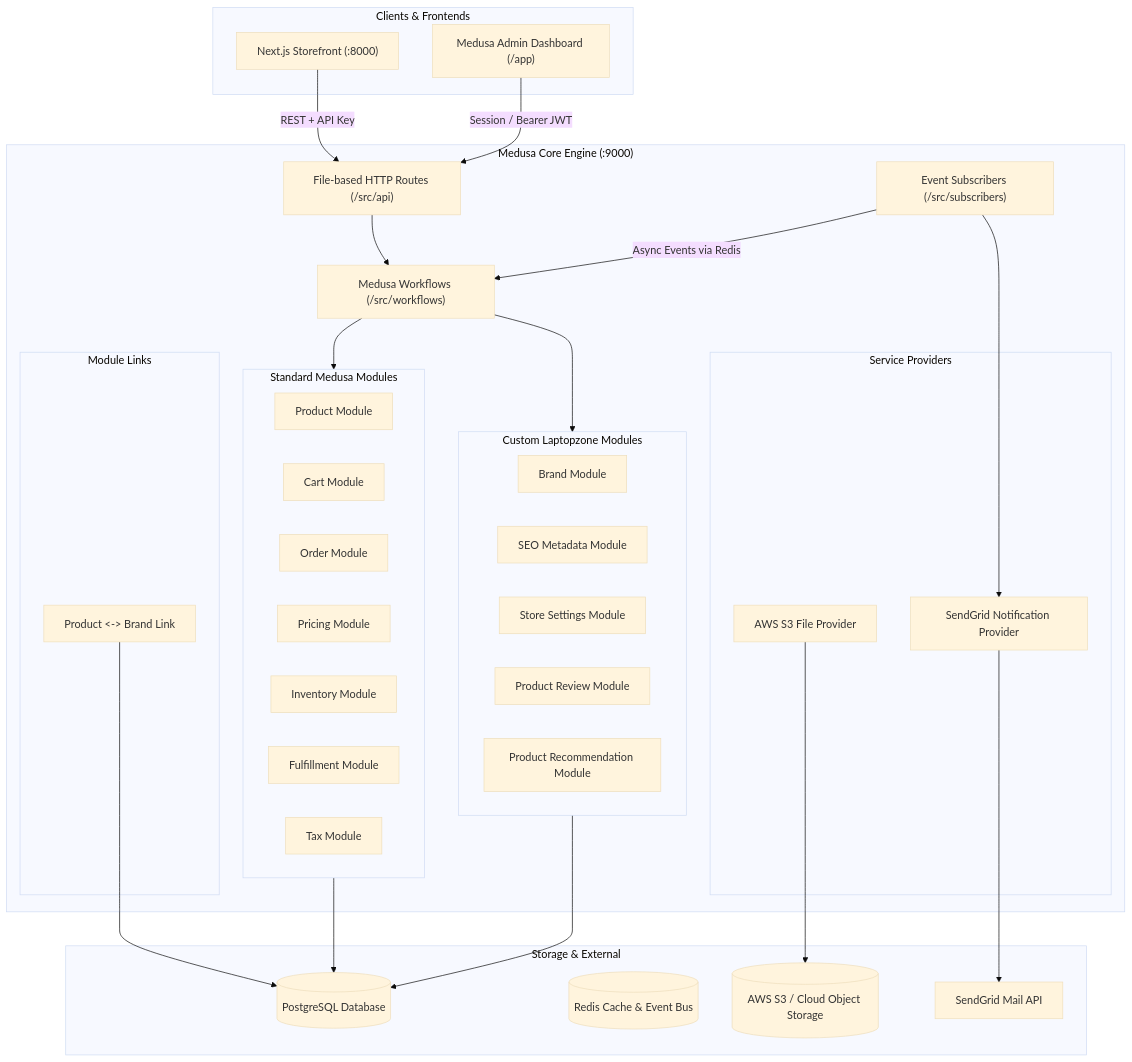
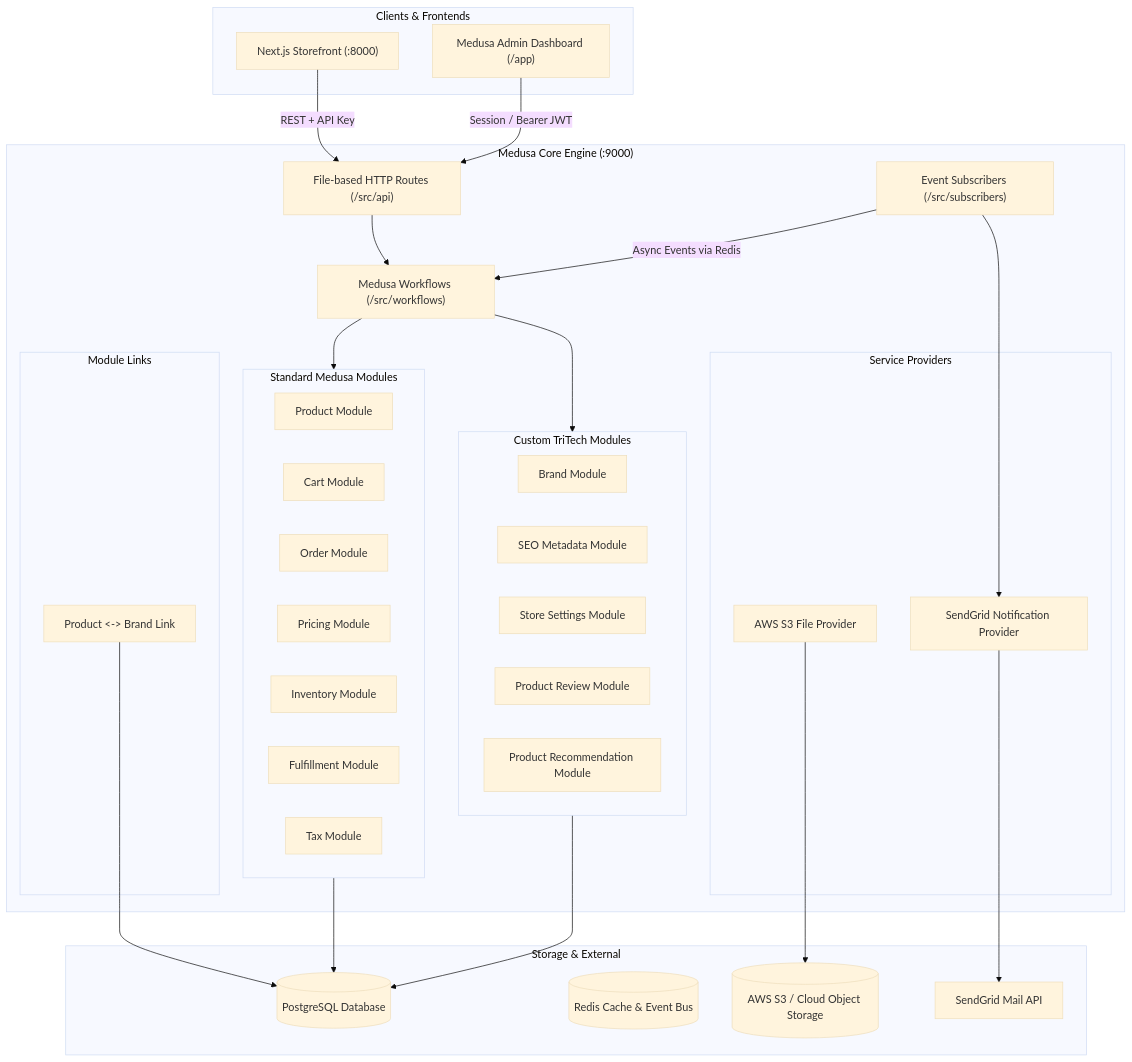
Before and after one commit to dzapengagodwin/TriSolar: the diagram in docs/medusa/architecture.md, drawn with Mermaid (base theme). The commit also changed other lines of this file and 137 other files, not shown here.

````diff
--- a/docs/medusa/architecture.md
+++ b/docs/medusa/architecture.md
@@ -14,62 +14,62 @@
 ```mermaid
 flowchart TD
     subgraph ClientLayer["Clients & Frontends"]
         Storefront["Next.js Storefront (:8000)"]
         AdminDashboard["Medusa Admin Dashboard (/app)"]
     end
 
     subgraph MedusaServer["Medusa Core Engine (:9000)"]
         API["File-based HTTP Routes (/src/api)"]
         Workflows["Medusa Workflows (/src/workflows)"]
         Subscribers["Event Subscribers (/src/subscribers)"]
         
         subgraph CoreModules["Standard Medusa Modules"]
             ProductMod["Product Module"]
             CartMod["Cart Module"]
             OrderMod["Order Module"]
             PricingMod["Pricing Module"]
             InventoryMod["Inventory Module"]
             FulfillmentMod["Fulfillment Module"]
             TaxMod["Tax Module"]
         end
         
-        subgraph CustomModules["Custom Laptopzone Modules"]
+        subgraph CustomModules["Custom TriTech Modules"]
             BrandMod["Brand Module"]
             SeoMod["SEO Metadata Module"]
             StoreSettingsMod["Store Settings Module"]
             ReviewsMod["Product Review Module"]
             RecommendationsMod["Product Recommendation Module"]
         end
 
         subgraph ModuleLinks["Module Links"]
             ProductBrandLink["Product <-> Brand Link"]
         end
 
         subgraph Providers["Service Providers"]
             SendgridProvider["SendGrid Notification Provider"]
             S3FileProvider["AWS S3 File Provider"]
         end
     end
 
     subgraph Persistence["Storage & External"]
         Postgres[(PostgreSQL Database)]
         Redis[(Redis Cache & Event Bus)]
         S3Bucket[(AWS S3 / Cloud Object Storage)]
         SendGridAPI[SendGrid Mail API]
     end
 
     Storefront -->|REST + API Key| API
     AdminDashboard -->|Session / Bearer JWT| API
 
     API --> Workflows
     Workflows --> CoreModules
     Workflows --> CustomModules
     CoreModules --> Postgres
     CustomModules --> Postgres
     ProductBrandLink --> Postgres
     
     Subscribers -->|Async Events via Redis| Workflows
     Subscribers --> SendgridProvider
     SendgridProvider --> SendGridAPI
     S3FileProvider --> S3Bucket
 ```
````
